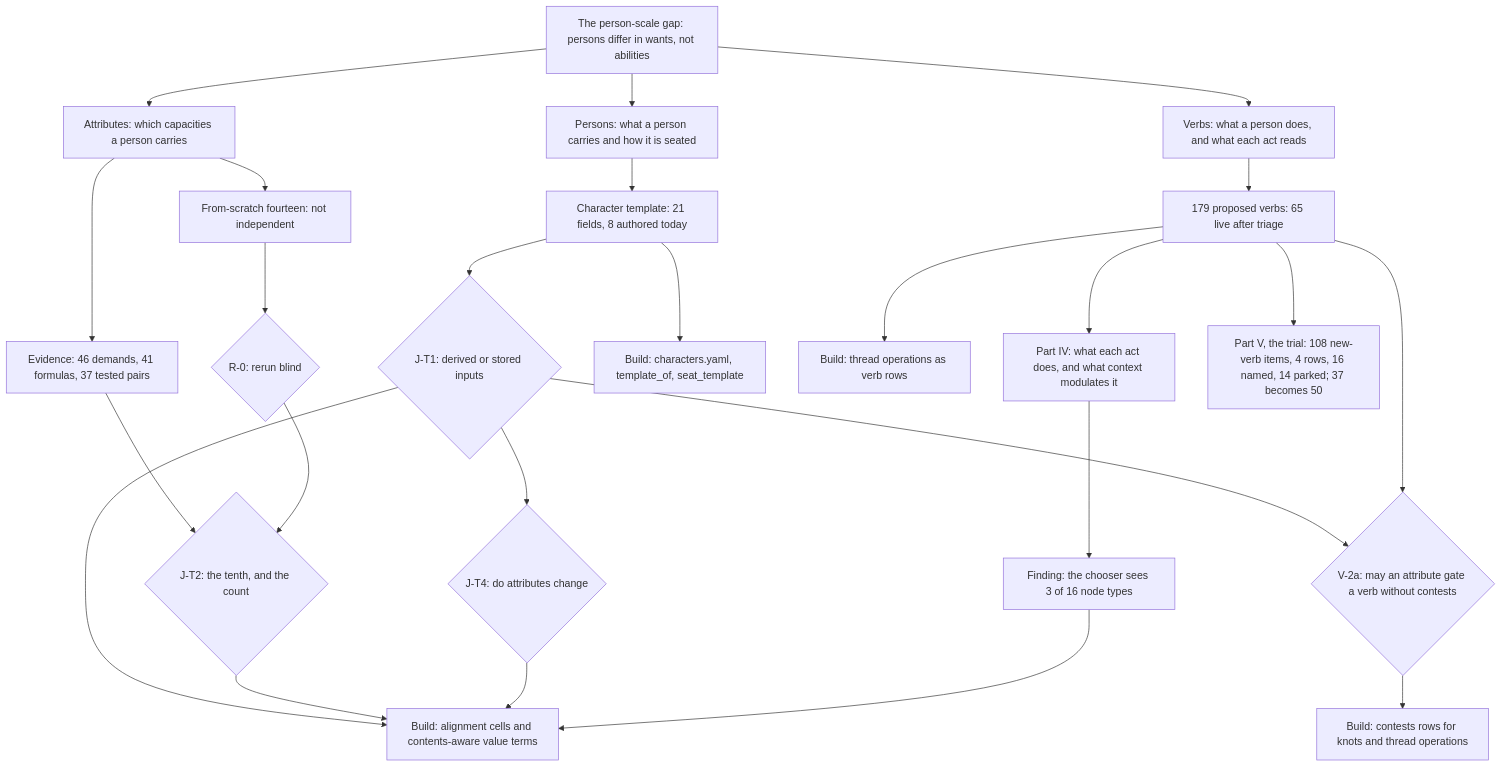
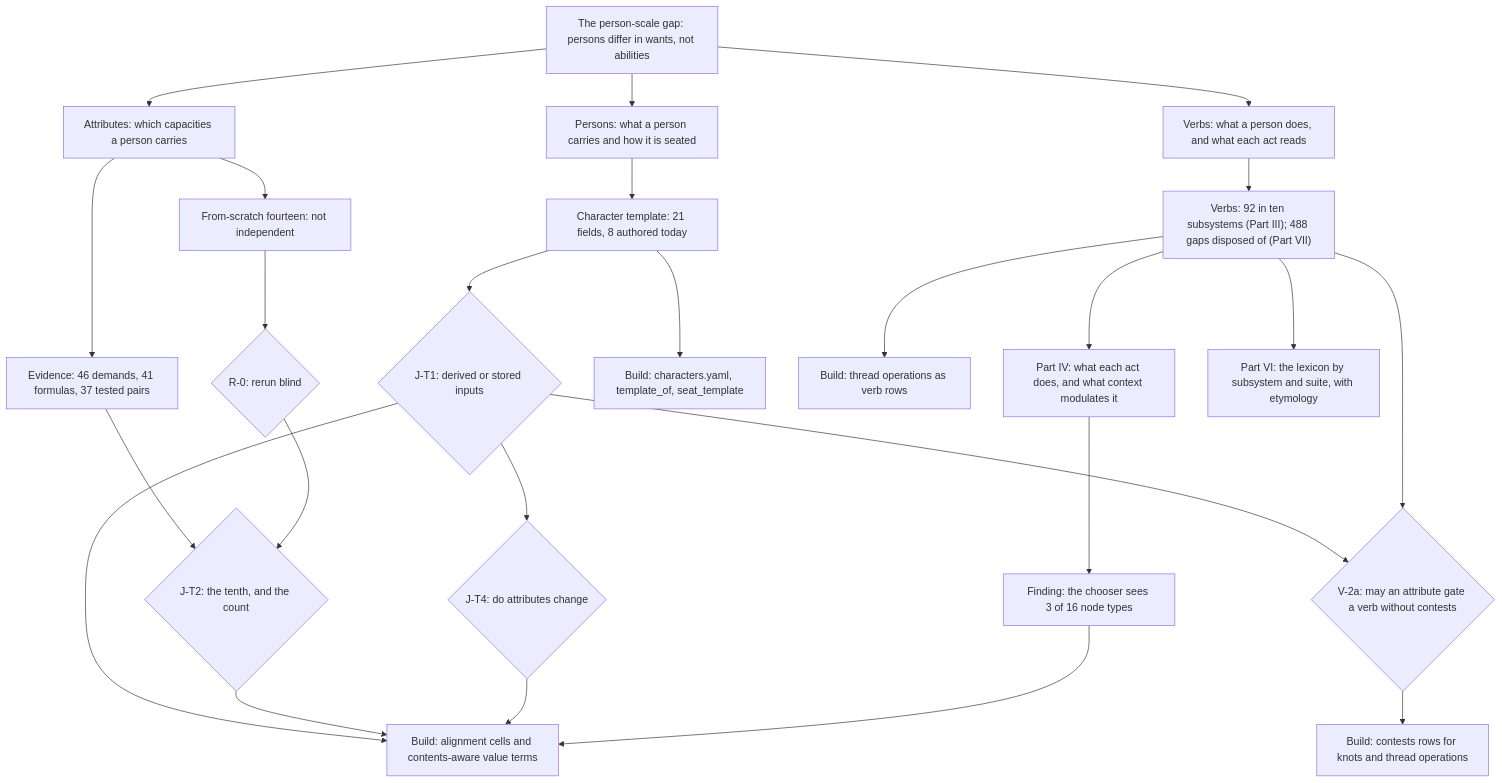
The first of 3 diagrams in proposals/2026-10-16-v2-person-troop-attribute-synthesis.md (jordanelias/ttrpg), drawn with Mermaid before and after one commit. The commit also changed other lines of this file and 22 other files, not shown here.

First line of the commit message:
[design] v2 verbs rebuilt by subsystem and suite, etymology audited

````diff
--- a/proposals/2026-10-16-v2-person-troop-attribute-synthesis.md
+++ b/proposals/2026-10-16-v2-person-troop-attribute-synthesis.md
@@ -59,28 +64,28 @@
 ```mermaid
 flowchart TD
     GAP["The person-scale gap: persons differ in wants, not abilities"]
     GAP --> P["Persons: what a person carries and how it is seated"]
     GAP --> A["Attributes: which capacities a person carries"]
     GAP --> V["Verbs: what a person does, and what each act reads"]
     P --> T["Character template: 21 fields, 8 authored today"]
     A --> E["Evidence: 46 demands, 41 formulas, 37 tested pairs"]
     A --> FS["From-scratch fourteen: not independent"]
-    V --> VT["179 proposed verbs: 65 live after triage"]
+    V --> VT["Verbs: 92 in ten subsystems (Part III); 488 gaps disposed of (Part VII)"]
     T --> JT1{"J-T1: derived or stored inputs"}
     E --> JT2{"J-T2: the tenth, and the count"}
     FS --> R0{"R-0: rerun blind"}
     R0 --> JT2
     JT1 --> JT4{"J-T4: do attributes change"}
     JT1 --> V2A{"V-2a: may an attribute gate a verb without contests"}
     VT --> V2A
     T --> B1["Build: characters.yaml, template_of, seat_template"]
     JT1 --> B5["Build: Person.attributes with its first readers"]
     JT2 --> B5
     JT4 --> B5
     V2A --> B7["Build: contests rows for knots and thread operations"]
     VT --> B8["Build: thread operations as verb rows"]
     VT --> CTX["Part IV: what each act does, and what context modulates it"]
     CTX --> CHS["Finding: the chooser sees 3 of 16 node types"]
     CHS --> B5["Build: alignment cells and contents-aware value terms"]
-    VT --> TR["Part V, the trial: 108 new-verb items, 4 rows, 16 named, 14 parked; 37 becomes 50"]
+    VT --> TR["Part VI: the lexicon by subsystem and suite, with etymology"]
 ```
````
